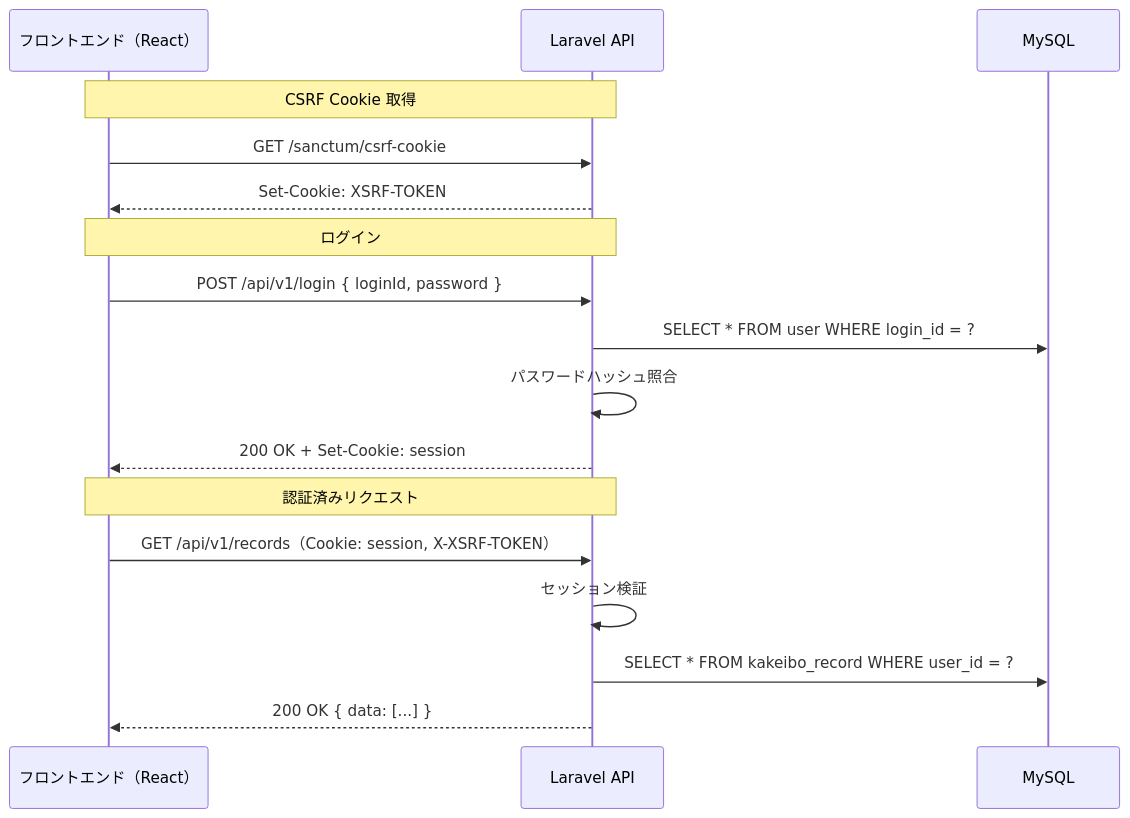
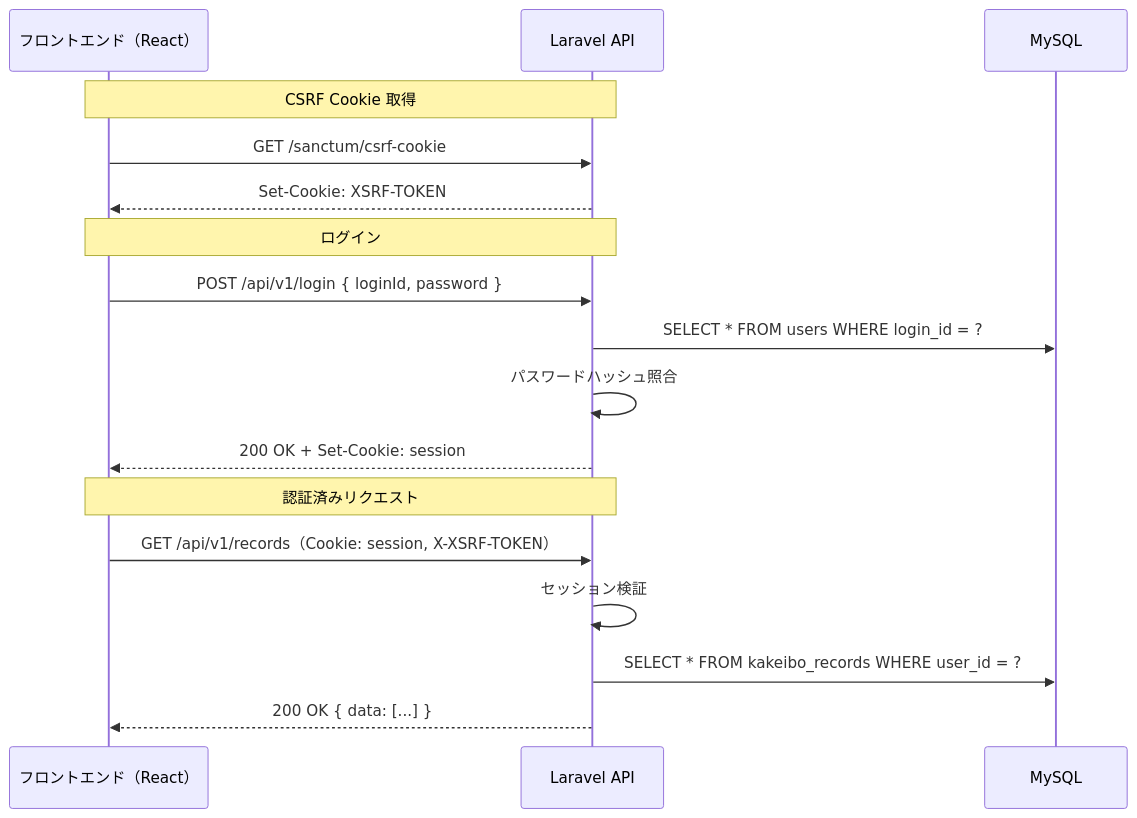
The first of 2 diagrams in docs/API設計/API設計書.md (space-musicacct/resmane), drawn with Mermaid before and after one commit. The commit also changed other lines of this file and 2 other files, not shown here.

````diff
--- a/docs/API設計/API設計書.md
+++ b/docs/API設計/API設計書.md
@@ -1199,22 +1199,22 @@
 ```mermaid
 sequenceDiagram
     participant U as フロントエンド（React）
     participant A as Laravel API
     participant DB as MySQL
 
     Note over U,A: CSRF Cookie 取得
     U->>A: GET /sanctum/csrf-cookie
     A-->>U: Set-Cookie: XSRF-TOKEN
 
     Note over U,A: ログイン
     U->>A: POST /api/v1/login { loginId, password }
-    A->>DB: SELECT * FROM user WHERE login_id = ?
+    A->>DB: SELECT * FROM users WHERE login_id = ?
     A->>A: パスワードハッシュ照合
     A-->>U: 200 OK + Set-Cookie: session
 
     Note over U,A: 認証済みリクエスト
     U->>A: GET /api/v1/records（Cookie: session, X-XSRF-TOKEN）
     A->>A: セッション検証
-    A->>DB: SELECT * FROM kakeibo_record WHERE user_id = ?
+    A->>DB: SELECT * FROM kakeibo_records WHERE user_id = ?
     A-->>U: 200 OK { data: [...] }
 ```
````
